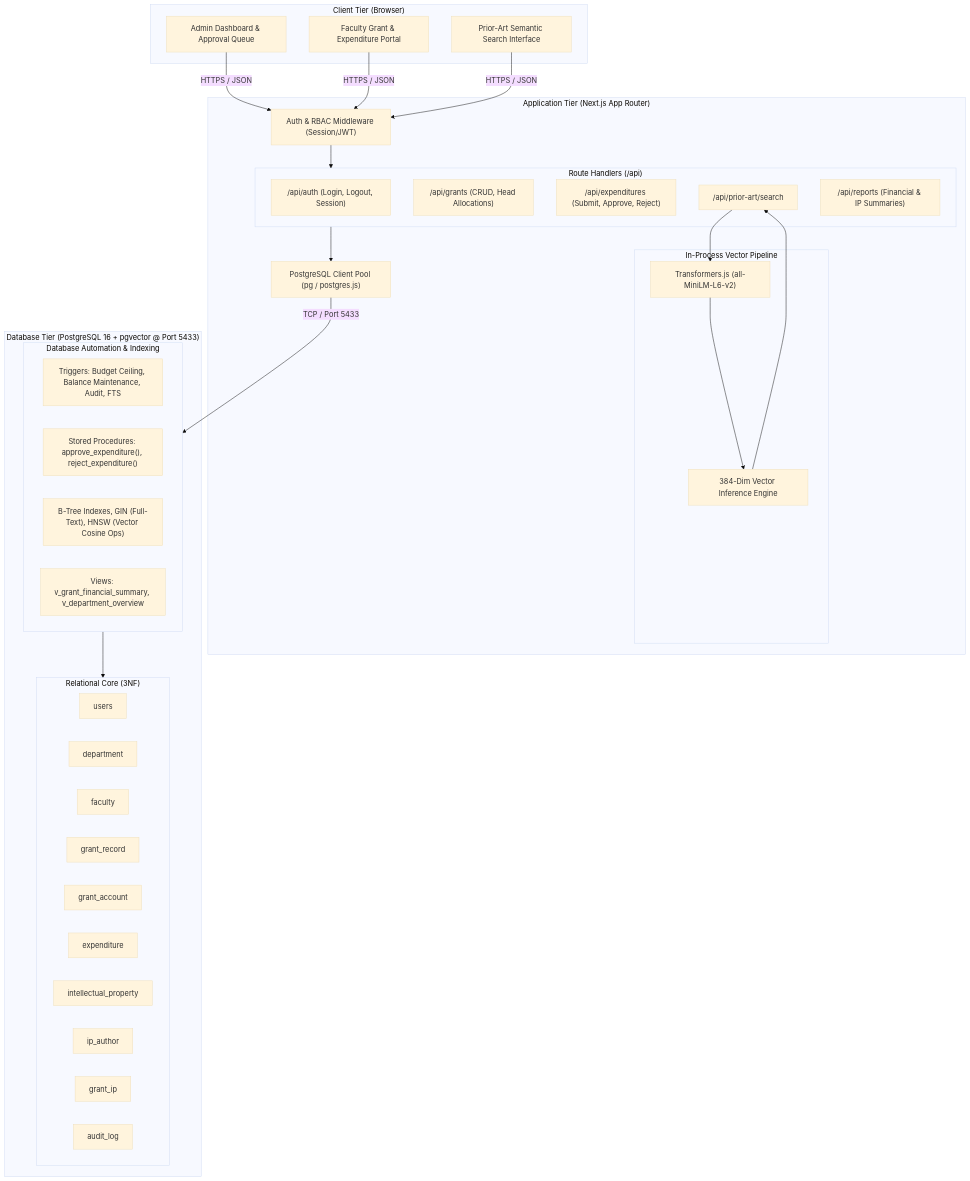
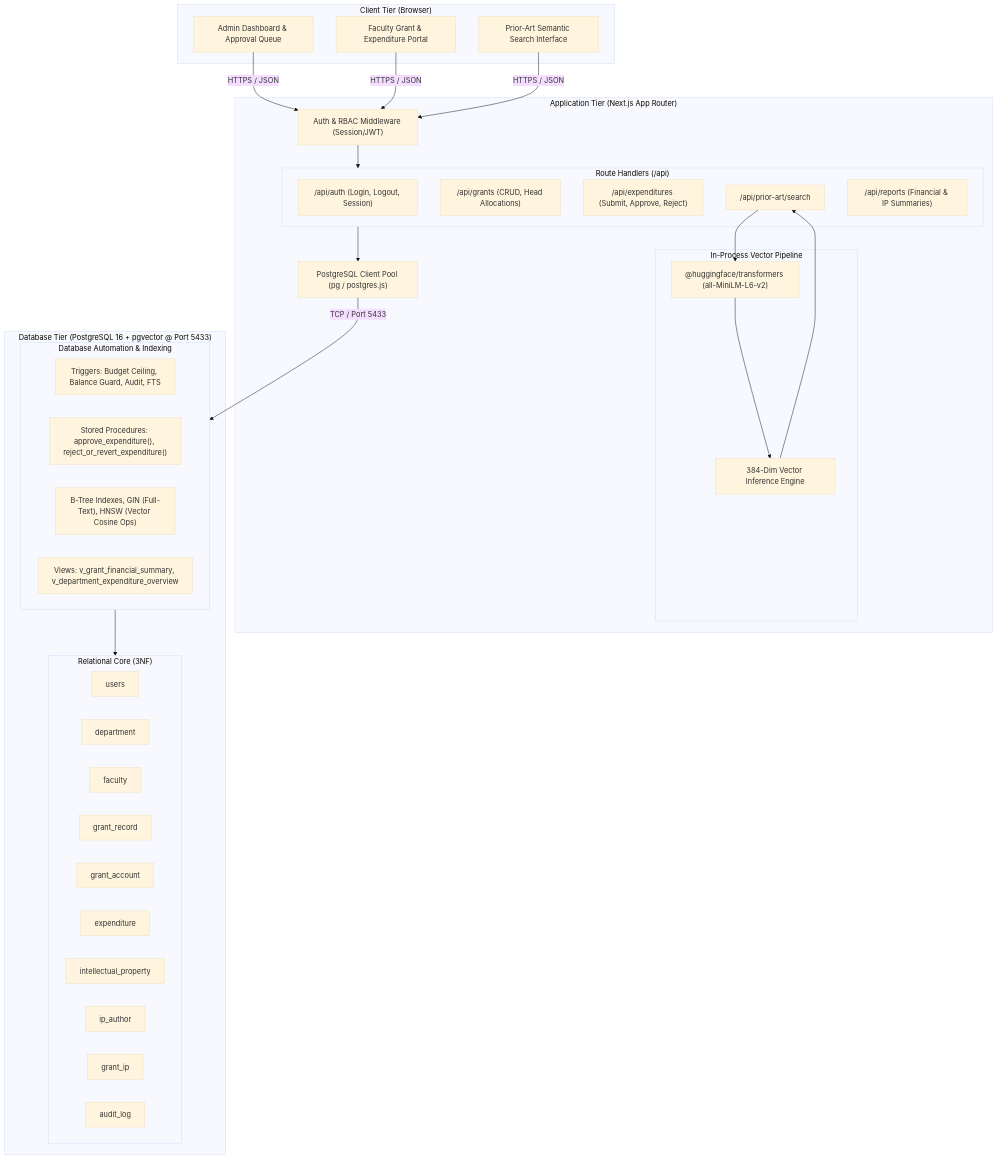
One commit to reyxnsh/Faculty-Research-Grant-Expenditure-Patent-Prior-Art-Engine changed the diagram in docs/design/07_architecture.md. Above: the diagram before and after it, drawn with Mermaid (base theme). The commit also changed other lines of this file and 7 other files, not shown here.

Commit message:
docs: revise schema, trigger and vector query design

````diff
--- a/docs/design/07_architecture.md
+++ b/docs/design/07_architecture.md
@@ -10,62 +10,62 @@
 ```mermaid
 graph TD
     subgraph Client ["Client Tier (Browser)"]
         UI_Admin["Admin Dashboard & Approval Queue"]
         UI_Faculty["Faculty Grant & Expenditure Portal"]
         UI_PriorArt["Prior-Art Semantic Search Interface"]
     end
 
     subgraph AppServer ["Application Tier (Next.js App Router)"]
         Middleware["Auth & RBAC Middleware (Session/JWT)"]
         
         subgraph RouteHandlers ["Route Handlers (/api)"]
             AuthAPI["/api/auth (Login, Logout, Session)"]
             GrantAPI["/api/grants (CRUD, Head Allocations)"]
             ExpAPI["/api/expenditures (Submit, Approve, Reject)"]
             SearchAPI["/api/prior-art/search"]
             ReportAPI["/api/reports (Financial & IP Summaries)"]
         end
 
         subgraph AI_Engine ["In-Process Vector Pipeline"]
-            ModelLoader["Transformers.js (all-MiniLM-L6-v2)"]
+            ModelLoader["@huggingface/transformers (all-MiniLM-L6-v2)"]
             VectorInference["384-Dim Vector Inference Engine"]
         end
 
         DB_Pool["PostgreSQL Client Pool (pg / postgres.js)"]
     end
 
     subgraph DBTier ["Database Tier (PostgreSQL 16 + pgvector @ Port 5433)"]
         subgraph Tables ["Relational Core (3NF)"]
             T_Users["users"]
             T_Dept["department"]
             T_Fac["faculty"]
             T_Grant["grant_record"]
             T_Account["grant_account"]
             T_Exp["expenditure"]
             T_IP["intellectual_property"]
             T_Authors["ip_author"]
             T_GrantIP["grant_ip"]
             T_Audit["audit_log"]
         end
 
         subgraph DBLogic ["Database Automation & Indexing"]
-            Triggers["Triggers: Budget Ceiling, Balance Maintenance, Audit, FTS"]
-            Procedures["Stored Procedures: approve_expenditure(), reject_expenditure()"]
+            Triggers["Triggers: Budget Ceiling, Balance Guard, Audit, FTS"]
+            Procedures["Stored Procedures: approve_expenditure(), reject_or_revert_expenditure()"]
             Indexes["B-Tree Indexes, GIN (Full-Text), HNSW (Vector Cosine Ops)"]
-            Views["Views: v_grant_financial_summary, v_department_overview"]
+            Views["Views: v_grant_financial_summary, v_department_expenditure_overview"]
         end
     end
 
     UI_Admin -->|HTTPS / JSON| Middleware
     UI_Faculty -->|HTTPS / JSON| Middleware
     UI_PriorArt -->|HTTPS / JSON| Middleware
 
     Middleware --> RouteHandlers
     SearchAPI --> ModelLoader
     ModelLoader --> VectorInference
     VectorInference --> SearchAPI
     RouteHandlers --> DB_Pool
 
     DB_Pool -->|TCP / Port 5433| DBLogic
     DBLogic --> Tables
 ```
````
